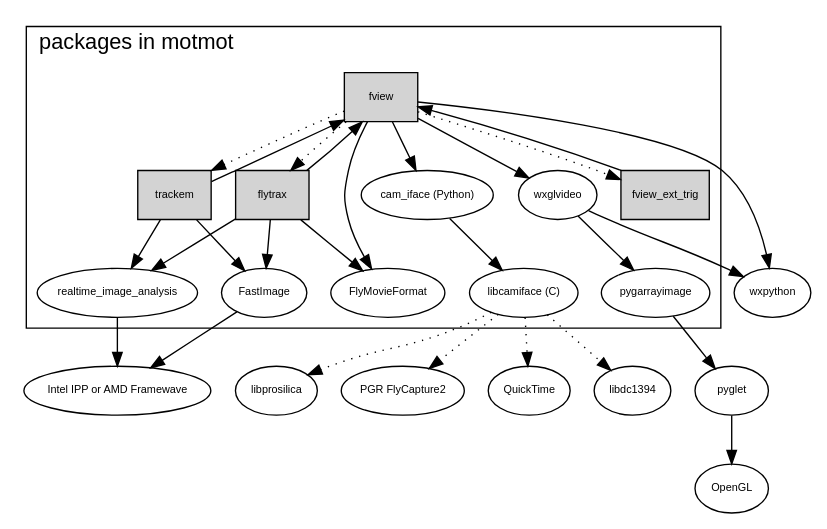
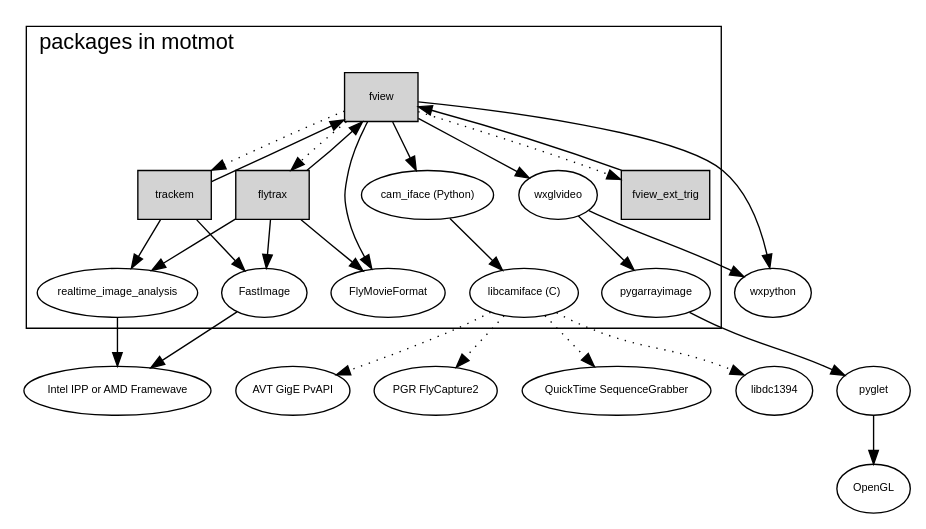
The diagram in source/motmot.dot (motmot/doc), drawn with Graphviz before and after one commit.

Commit message:
update links and descriptions

```diff
--- a/source/motmot.dot
+++ b/source/motmot.dot
@@ -1,72 +1,72 @@
 digraph G {
   graph [
          fontsize=16
           fontname = "Arial"
           ];
   node [
           fontsize=8
           fontname = "Arial"
           ];
 
   subgraph cluster0 {
     cam_iface -> libcamiface;
     fview -> cam_iface;
     flytrax -> fview;
     fview_ext_trig -> fview;
     fview -> fview_ext_trig [style=dotted];
     wxglvideo -> pygarrayimage;
     fview -> wxglvideo;
     flytrax -> realtime_image_analysis;
     flytrax -> fastimage;
     fview -> FlyMovieFormat;
     flytrax -> FlyMovieFormat;
     fview -> flytrax [style=dotted];
     trackem -> fastimage;
     trackem -> realtime_image_analysis;
     fview -> trackem [style=dotted];
     trackem -> fview;
     labeljust=l;
     label = "packages in motmot";
   }
 
   libcamiface -> quicktime [style=dotted];
   libcamiface -> libdc1394 [style=dotted];
   libcamiface -> libprosilica [style=dotted];
   libcamiface -> flycap2 [style=dotted];
   wxglvideo -> wxpython;
   fview -> wxpython;
   pyglet -> opengl;
   pygarrayimage -> pyglet;
   realtime_image_analysis -> ipp;
   fastimage -> ipp;
 
   libcamiface [label="libcamiface (C)"];
   cam_iface [label="cam_iface (Python)"];
 
   fastimage [label="FastImage"];
 
-  quicktime [label="QuickTime", URL="http://www.apple.com/quicktime/"];
+  quicktime [label="QuickTime SequenceGrabber", URL="http://www.apple.com/quicktime/"];
   libdc1394 [label="libdc1394", 
              URL="http://damien.douxchamps.net/ieee1394/libdc1394/"];
-  libprosilica [label="libprosilica",
-                URL="http://www.prosilica.com/"];
+  libprosilica [label="AVT GigE PvAPI",
+                URL="http://www.alliedvisiontec.com/us/products/software/windows/gige-sdk-pvapi.html"];
   ipp [label="Intel IPP or AMD Framewave", URL="http://intel.com/software/products/ipp"];
   flycap2 [label="PGR FlyCapture2", URL="http://www.ptgrey.com/products/pgrflycapture/index.asp"];
   opengl [label="OpenGL",
           URL="http://opengl.org/"];
   pyglet [URL="http://www.pyglet.org/"];
   wxpython [URL="http://www.wxpython.org/"];
 
   libcamiface [URL="http://code.astraw.com/projects/motmot/libcamiface.html"];
   cam_iface [URL="http://code.astraw.com/projects/motmot/cam_iface.html"]
   fview [shape=box,style=filled,
          URL="http://code.astraw.com/projects/motmot/fview.html"];
   trackem [shape=box,style=filled];
   flytrax [shape=box,style=filled];
   fview_ext_trig [shape=box,style=filled,
               URL="http://code.astraw.com/projects/motmot/camtrig/OVERVIEW.html"];
   wxglvideo [URL="http://code.astraw.com/projects/motmot/wxglvideo.html"];
   pygarrayimage [URL="http://code.astraw.com/projects/motmot/pygarrayimage.html"];
   flytrax [URL="http://code.astraw.com/projects/motmot/flytrax.html"];
   FlyMovieFormat [URL="http://code.astraw.com/projects/motmot/fly-movie-format.html"];
 }
```
